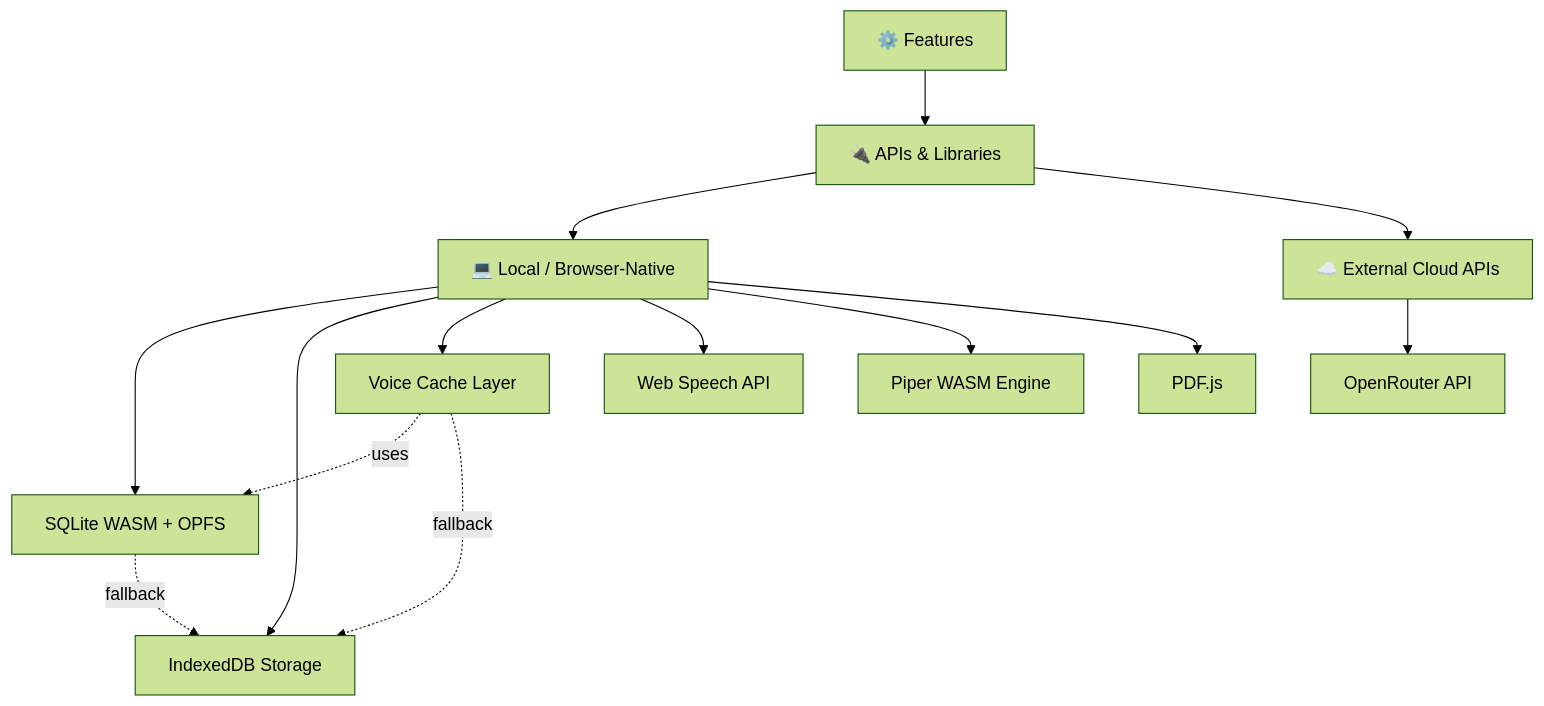
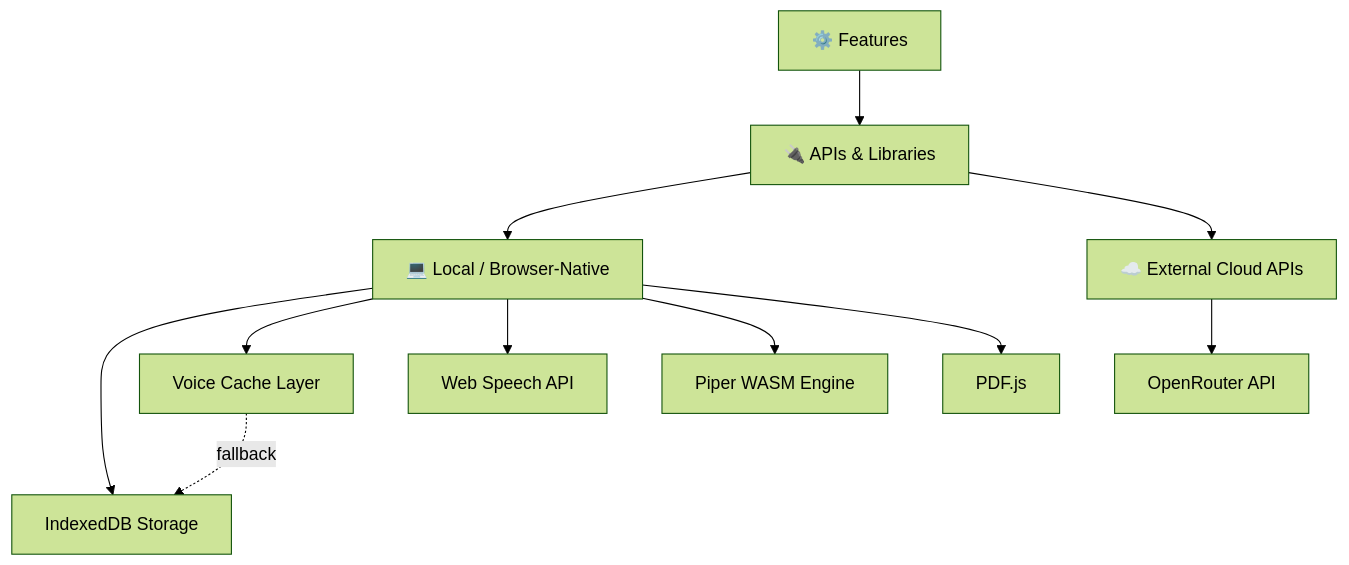
The diagram in documentation/APIs/MOC — APIs.md (himanshusingh1212/doclens-ai), drawn with Mermaid (forest theme) before and after one commit. The commit also changed other lines of this file and 16 other files, not shown here.

````diff
--- a/documentation/APIs/MOC — APIs.md
+++ b/documentation/APIs/MOC — APIs.md
@@ -23,19 +22,16 @@
 ```mermaid
 graph TD
     Features[⚙️ Features] --> APIs[🔌 APIs & Libraries]
     APIs --> Local[💻 Local / Browser-Native]
     APIs --> Cloud[☁️ External Cloud APIs]
 
-    Local --> SQLite[SQLite WASM + OPFS]
     Local --> IDB[IndexedDB Storage]
     Local --> VoiceCache[Voice Cache Layer]
     Local --> WS[Web Speech API]
     Local --> Piper[Piper WASM Engine]
     Local --> PDFJS[PDF.js]
 
     Cloud --> OR[OpenRouter API]
 
-    SQLite -.->|fallback| IDB
-    VoiceCache -.->|uses| SQLite
     VoiceCache -.->|fallback| IDB
 ```
````
